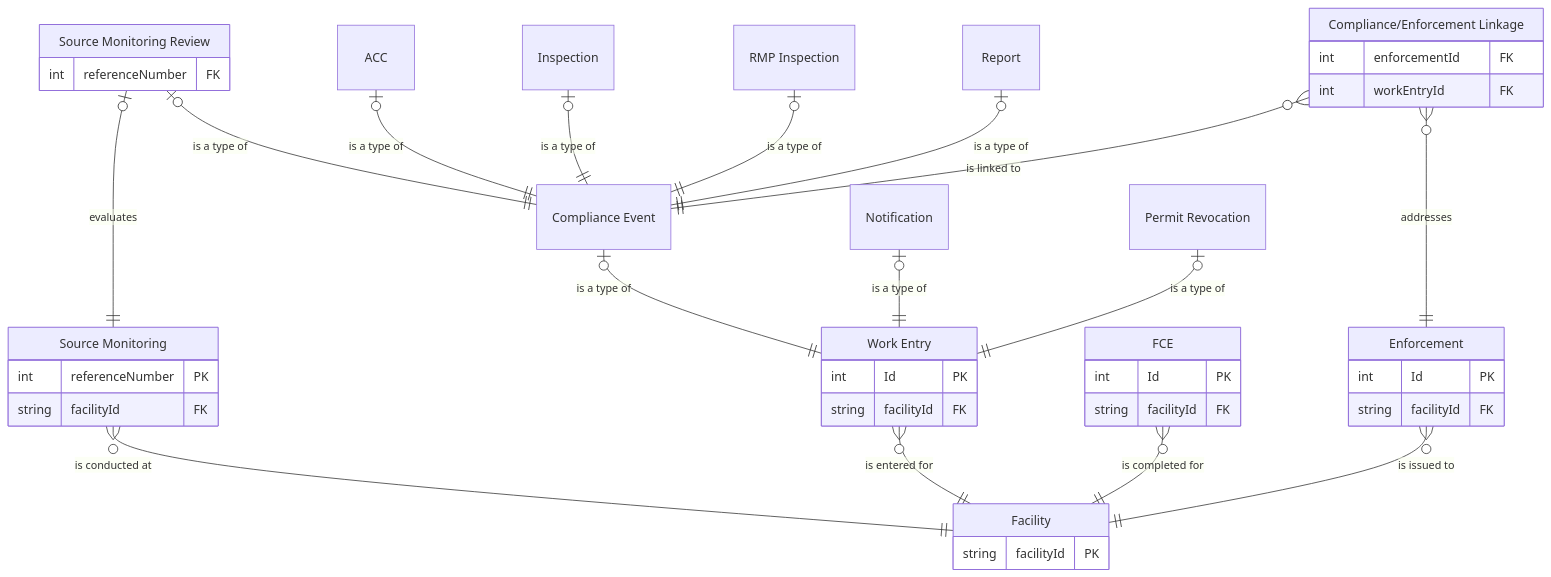
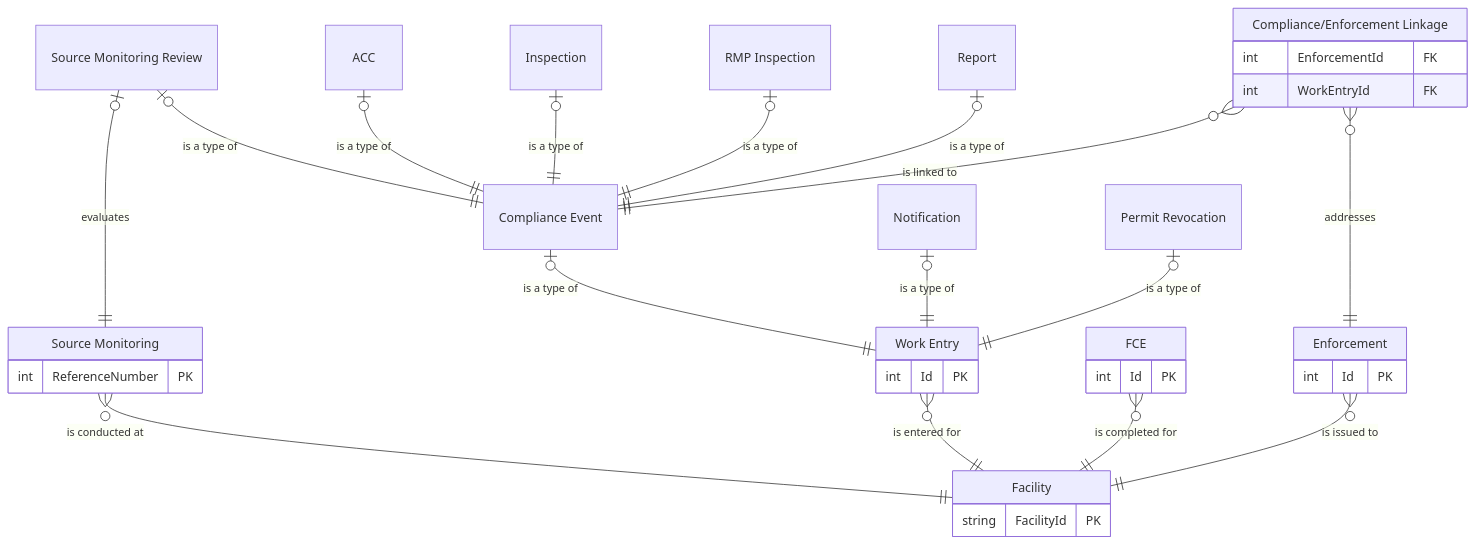
The diagram in docs/Compliance/Compliance-ERD.md (gaepdit/air-web), drawn with Mermaid before and after one commit. The commit also changed 1 other file, not shown here.

Commit message:
Update FCE docs

````diff
--- a/docs/Compliance/Compliance-ERD.md
+++ b/docs/Compliance/Compliance-ERD.md
@@ -28,67 +28,61 @@
 ```mermaid
 erDiagram
 
 FAC["Facility"] {
-    string facilityId PK
+    string FacilityId PK
 }
 
 MON["Source Monitoring"] {
-    int referenceNumber PK
-    string facilityId FK
+    int ReferenceNumber PK
 }
 
 FCE["FCE"] {
     int Id PK
-    string facilityId FK
 }
 
 WRK["Work Entry"] {
     int Id PK
-    string facilityId FK
 }
 
     CME["Compliance Event"]
 
-        SMR["Source Monitoring Review"] {
-            int referenceNumber FK
-        }
+        SMR["Source Monitoring Review"]
         ACC["ACC"]
         INS["Inspection"]
         RMP["RMP Inspection"]
         REP["Report"]
 
     NOT["Notification"]
     
     REV["Permit Revocation"]
 
 ENF["Enforcement"] {
     int Id PK
-    string facilityId FK
 }
 
 CEL["Compliance/Enforcement Linkage"] {
-    int enforcementId FK
-    int workEntryId FK
+    int EnforcementId FK
+    int WorkEntryId FK
 }
 
 SMR |o--|| CME : "is a type of"
 ACC |o--|| CME : "is a type of"
 INS |o--|| CME : "is a type of"
 RMP |o--|| CME : "is a type of"
 REP |o--|| CME : "is a type of"
 
 CME |o--|| WRK : "is a type of"
 NOT |o--|| WRK : "is a type of"
 REV |o--|| WRK : "is a type of"
 
 SMR |o--|| MON : "evaluates"
 
 MON }o--|| FAC : "is conducted at"
 WRK }o--|| FAC : "is entered for"
 FCE }o--|| FAC : "is completed for"
 ENF }o--|| FAC : "is issued to"
 
 CEL }o--|| ENF : "addresses"
 CEL }o--|| CME : "is linked to"
 
 ```
````
